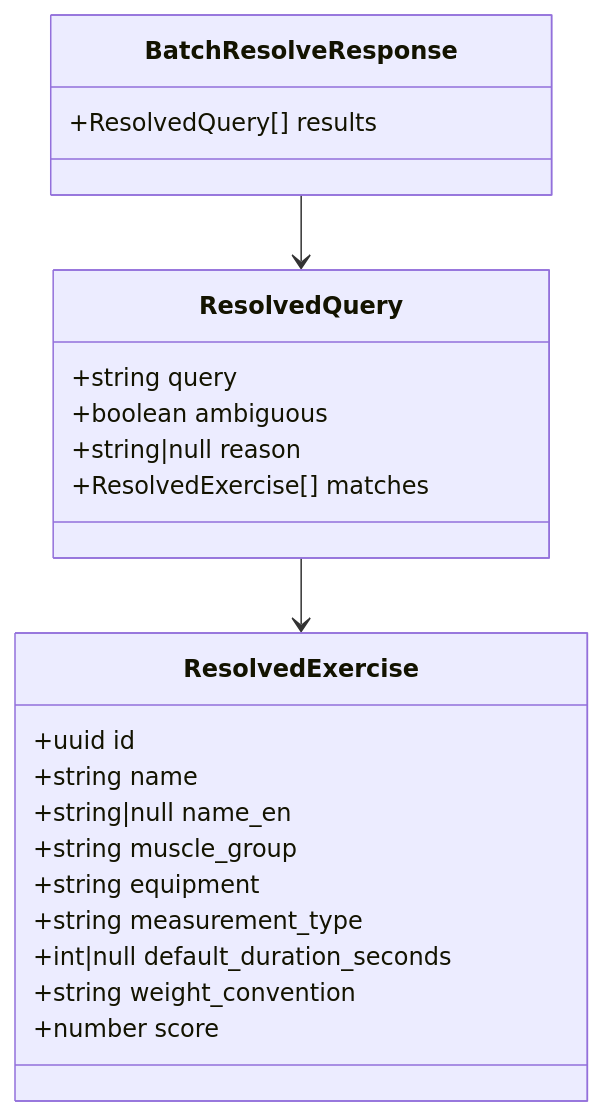
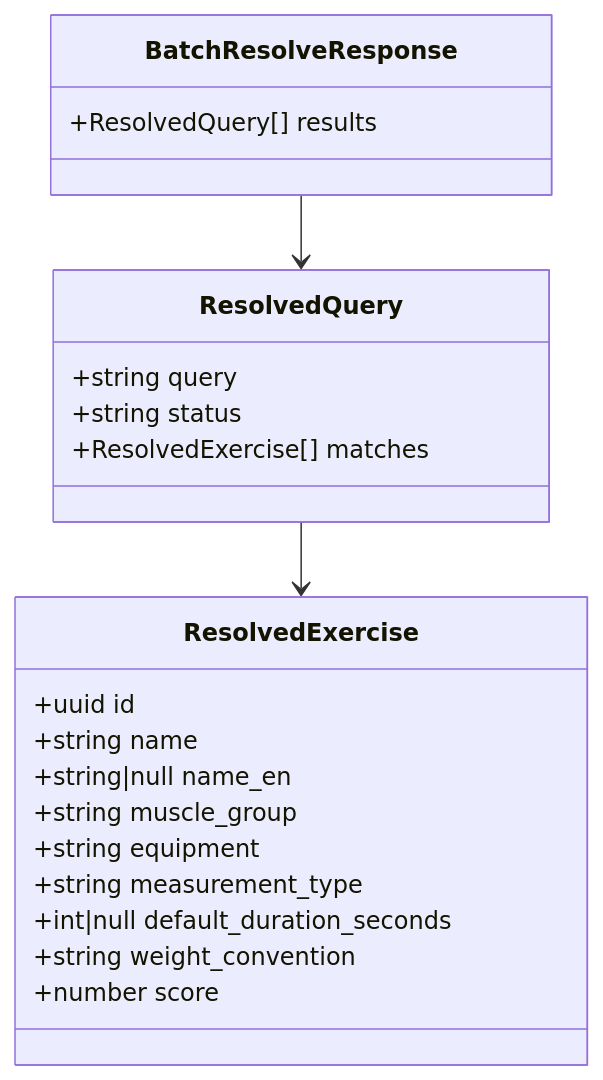
The first of 2 diagrams in docs/Tech_Plan_—_MCP_—_Batch_Exercise_Resolution_#310.md (PierreTsia/workout-app), drawn with Mermaid before and after one commit. The commit also changed other lines of this file and 1 other file, not shown here.

````diff
--- a/docs/Tech_Plan_—_MCP_—_Batch_Exercise_Resolution_#310.md
+++ b/docs/Tech_Plan_—_MCP_—_Batch_Exercise_Resolution_#310.md
@@ -39,25 +41,24 @@
 ```mermaid
 classDiagram
     class BatchResolveResponse {
         +ResolvedQuery[] results
     }
     class ResolvedQuery {
         +string query
-        +boolean ambiguous
-        +string|null reason
+        +string status
         +ResolvedExercise[] matches
     }
     class ResolvedExercise {
         +uuid id
         +string name
         +string|null name_en
         +string muscle_group
         +string equipment
         +string measurement_type
         +int|null default_duration_seconds
         +string weight_convention
         +number score
     }
     BatchResolveResponse --> ResolvedQuery
     ResolvedQuery --> ResolvedExercise
 ```
````
